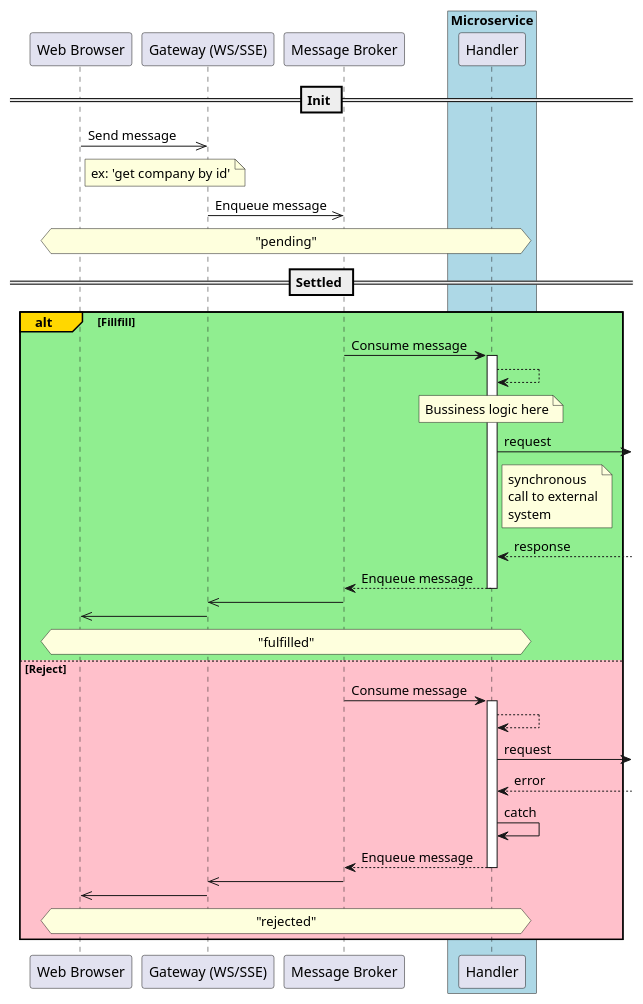
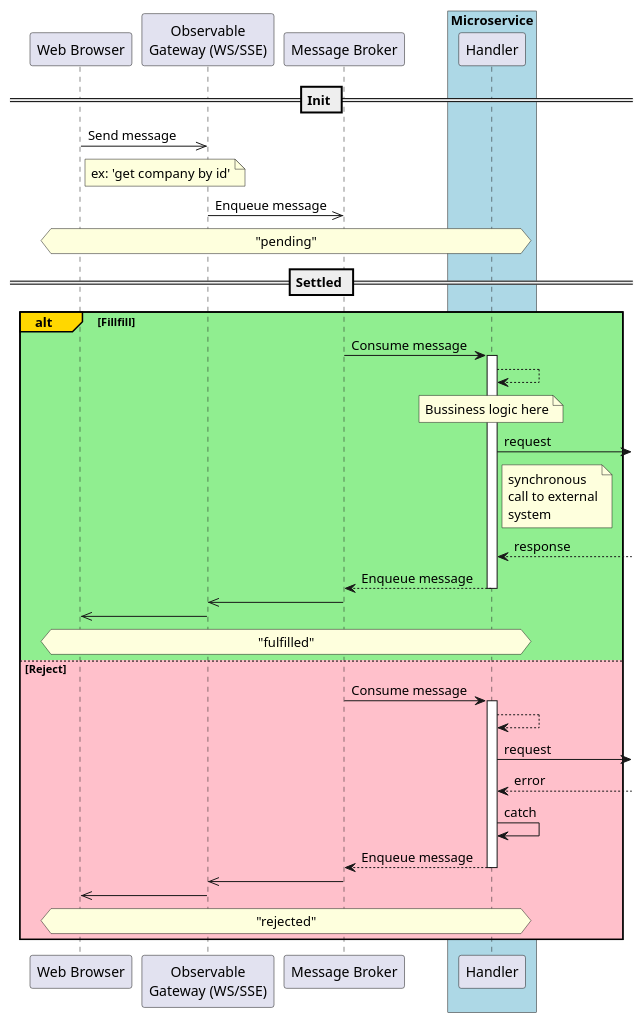
The diagram in solution-design/distributed-promise/distributed-promise.plantuml (komanton/custodian), drawn with PlantUML before and after one commit. The commit also changed 1 other file, not shown here.

Commit message:
Inroduce Observable Gateway

```diff
--- a/solution-design/distributed-promise/distributed-promise.plantuml
+++ b/solution-design/distributed-promise/distributed-promise.plantuml
@@ -1,56 +1,56 @@
 @startuml
 participant "Web Browser" as WebBrowser
-participant "Gateway (WS/SSE)" as Gateway
+participant "Observable\nGateway (WS/SSE)" as Gateway
 participant "Message Broker" as MessageBus
 box "Microservice" #LightBlue
 participant "Handler" as Handler
 end box
 
 == Init ==
 
 WebBrowser  ->>  Gateway: Send message
 note right WebBrowser: ex: 'get company by id'
 Gateway ->> MessageBus: Enqueue message
 
 hnote across: "pending"
 
 == Settled ==
 
 alt#Gold #LightGreen Fillfill
 
 '== Fullfill ==
 
 MessageBus -> Handler: Consume message
 activate Handler
 Handler --> Handler
 note over Handler: Bussiness logic here
 Handler ->] : request
 note right Handler: synchronous\ncall to external\nsystem 
 Handler <--] : response
 MessageBus <-- Handler : Enqueue message
 deactivate Handler
 Gateway <<- MessageBus
 WebBrowser <<- Gateway
 
 hnote across: "fulfilled"
 
 else #Pink Reject
 
 '== Reject ==
 
 MessageBus -> Handler: Consume message
 activate Handler
 Handler --> Handler
 Handler ->] : request
 Handler <--] : error
 Handler -> Handler: catch 
 MessageBus <-- Handler : Enqueue message
 deactivate Handler
 Gateway <<- MessageBus
 WebBrowser <<- Gateway
 
 hnote across: "rejected"
 
 end
 
 @enduml
```
